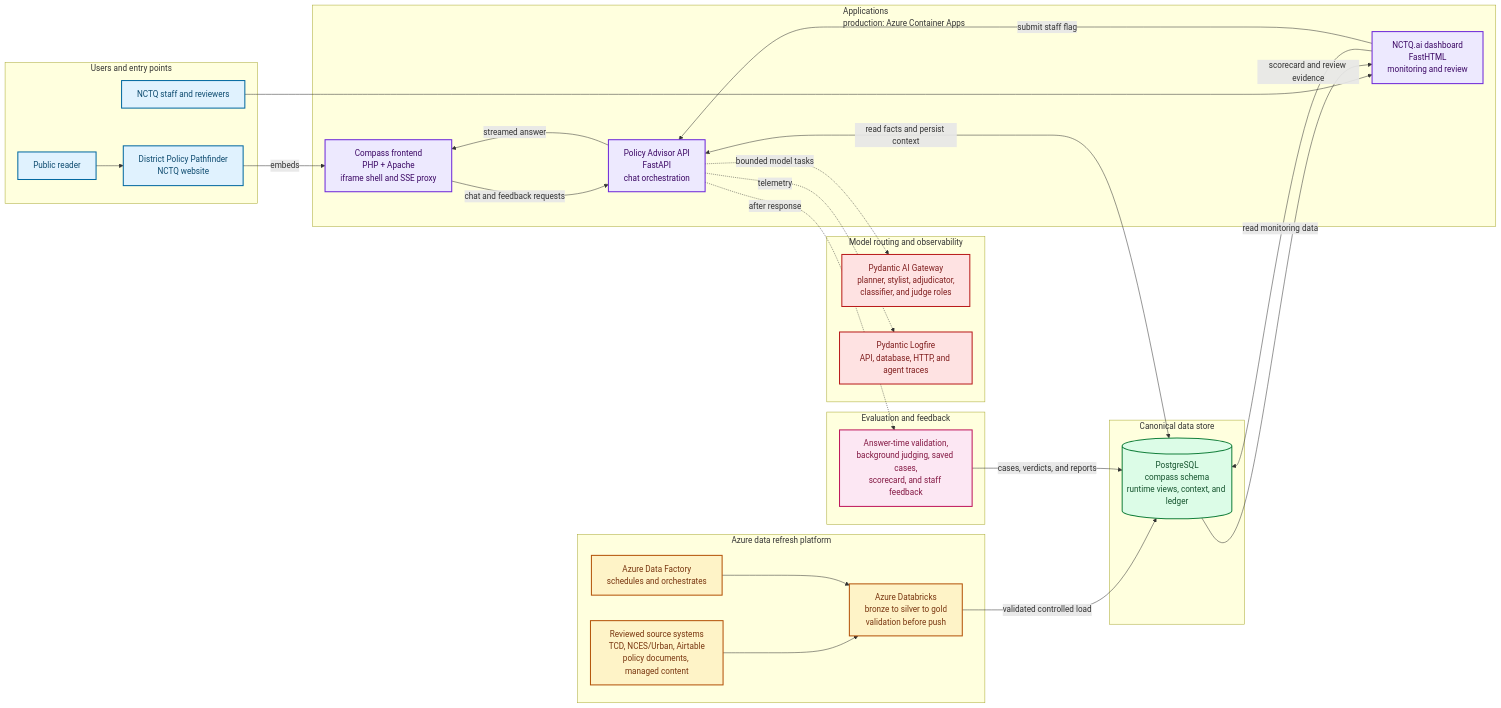
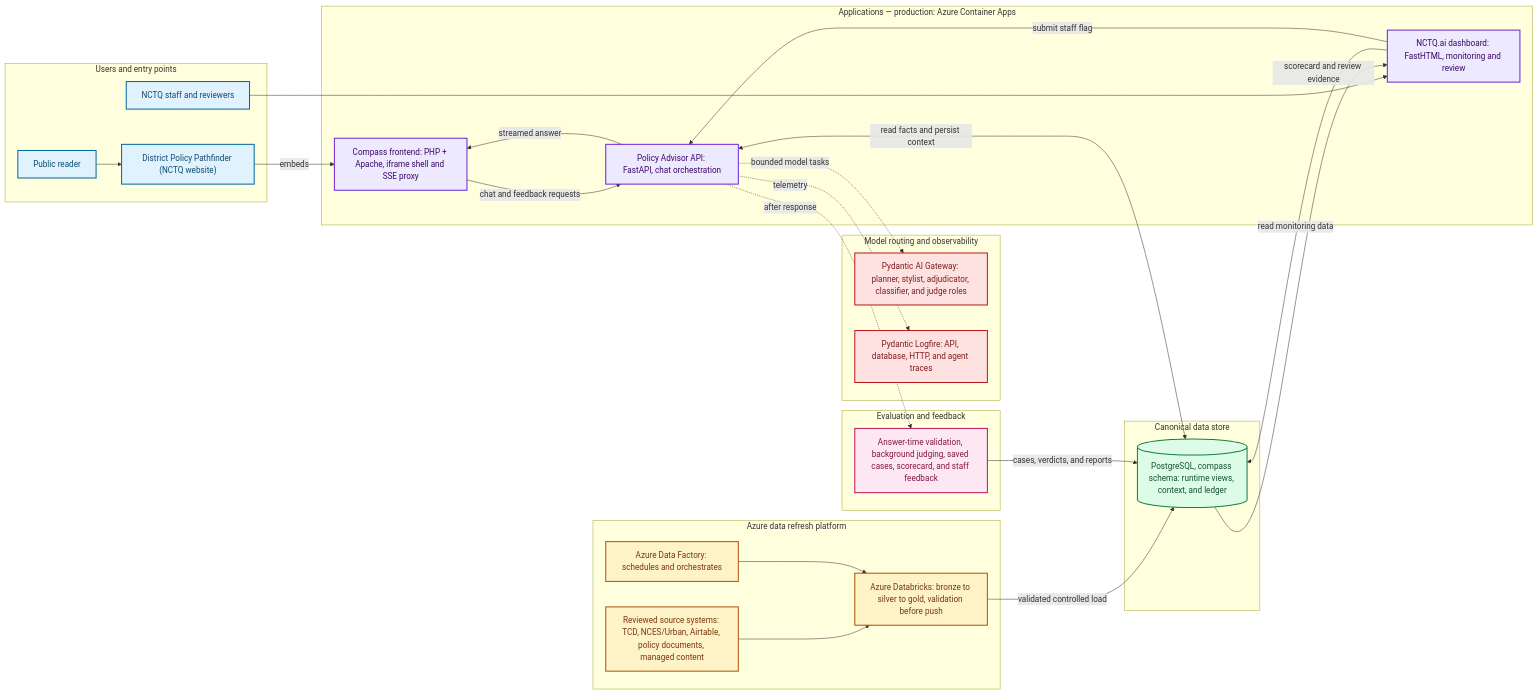
One commit to Starling-Strategy/compass changed the diagram in docs/reference/architecture.md. Above: the diagram before and after it, drawn with Mermaid. The commit also changed 4 other files, not shown here.

First line of the commit message:
docs: replace <br/> line breaks in mermaid labels with single-line text (#52)

````diff
--- a/docs/reference/architecture.md
+++ b/docs/reference/architecture.md
@@ -23,68 +23,68 @@
 ```mermaid
 flowchart LR
     subgraph ENTRY["Users and entry points"]
-        PF["District Policy Pathfinder<br/>NCTQ website"]
+        PF["District Policy Pathfinder (NCTQ website)"]
         READER["Public reader"]
         STAFF["NCTQ staff and reviewers"]
         READER --> PF
     end
 
-    subgraph APPS["Applications<br/>production: Azure Container Apps"]
-        FE["Compass frontend<br/>PHP + Apache<br/>iframe shell and SSE proxy"]
-        API["Policy Advisor API<br/>FastAPI<br/>chat orchestration"]
-        DASH["NCTQ.ai dashboard<br/>FastHTML<br/>monitoring and review"]
+    subgraph APPS["Applications — production: Azure Container Apps"]
+        FE["Compass frontend: PHP + Apache, iframe shell and SSE proxy"]
+        API["Policy Advisor API: FastAPI, chat orchestration"]
+        DASH["NCTQ.ai dashboard: FastHTML, monitoring and review"]
     end
 
     PF -->|"embeds"| FE
     STAFF --> DASH
     FE -->|"chat and feedback requests"| API
     API -->|"streamed answer"| FE
 
     subgraph DATA["Canonical data store"]
-        STORE[("PostgreSQL<br/>compass schema<br/>runtime views, context, and ledger")]
+        STORE[("PostgreSQL, compass schema: runtime views, context, and ledger")]
     end
 
     API <-->|"read facts and persist context"| STORE
     DASH -->|"read monitoring data"| STORE
     DASH -->|"submit staff flag"| API
 
     subgraph REFRESH["Azure data refresh platform"]
-        SOURCES["Reviewed source systems<br/>TCD, NCES/Urban, Airtable<br/>policy documents, managed content"]
-        ADF["Azure Data Factory<br/>schedules and orchestrates"]
-        DBX["Azure Databricks<br/>bronze to silver to gold<br/>validation before push"]
+        SOURCES["Reviewed source systems: TCD, NCES/Urban, Airtable, policy documents, managed content"]
+        ADF["Azure Data Factory: schedules and orchestrates"]
+        DBX["Azure Databricks: bronze to silver to gold, validation before push"]
         SOURCES --> DBX
         ADF --> DBX
     end
 
     DBX -->|"validated controlled load"| STORE
 
     subgraph SUPPORT["Model routing and observability"]
-        GW["Pydantic AI Gateway<br/>planner, stylist, adjudicator,<br/>classifier, and judge roles"]
-        LOG["Pydantic Logfire<br/>API, database, HTTP, and agent traces"]
+        GW["Pydantic AI Gateway: planner, stylist, adjudicator, classifier, and judge roles"]
+        LOG["Pydantic Logfire: API, database, HTTP, and agent traces"]
     end
 
     API -.->|"bounded model tasks"| GW
     API -.->|"telemetry"| LOG
 
     subgraph LOOP["Evaluation and feedback"]
-        EVAL["Answer-time validation,<br/>background judging, saved cases,<br/>scorecard, and staff feedback"]
+        EVAL["Answer-time validation, background judging, saved cases, scorecard, and staff feedback"]
     end
 
     API -.->|"after response"| EVAL
     EVAL -->|"cases, verdicts, and reports"| STORE
     STORE -->|"scorecard and review evidence"| DASH
 
     classDef entry fill:#e0f2fe,stroke:#0369a1,stroke-width:2px,color:#0c4a6e
     classDef app fill:#ede9fe,stroke:#6d28d9,stroke-width:2px,color:#3b0764
     classDef data fill:#dcfce7,stroke:#15803d,stroke-width:2px,color:#14532d
     classDef refresh fill:#fef3c7,stroke:#b45309,stroke-width:2px,color:#78350f
     classDef support fill:#fee2e2,stroke:#b91c1c,stroke-width:2px,color:#7f1d1d
     classDef loop fill:#fce7f3,stroke:#be185d,stroke-width:2px,color:#831843
 
     class READER,PF,STAFF entry
     class FE,API,DASH app
     class STORE data
     class SOURCES,ADF,DBX refresh
     class GW,LOG support
     class EVAL loop
 ```
````
